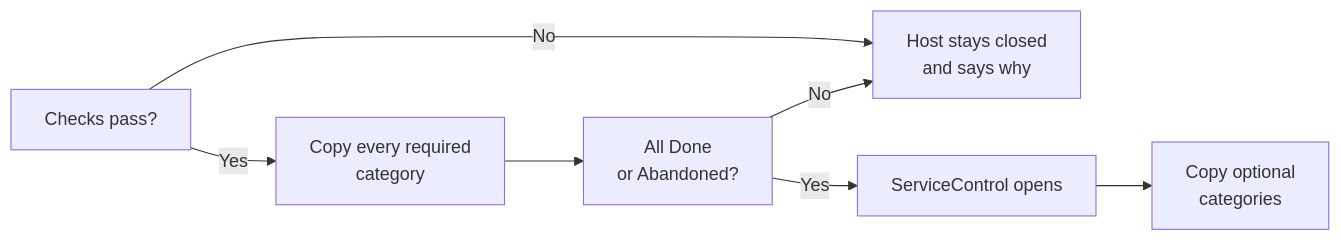
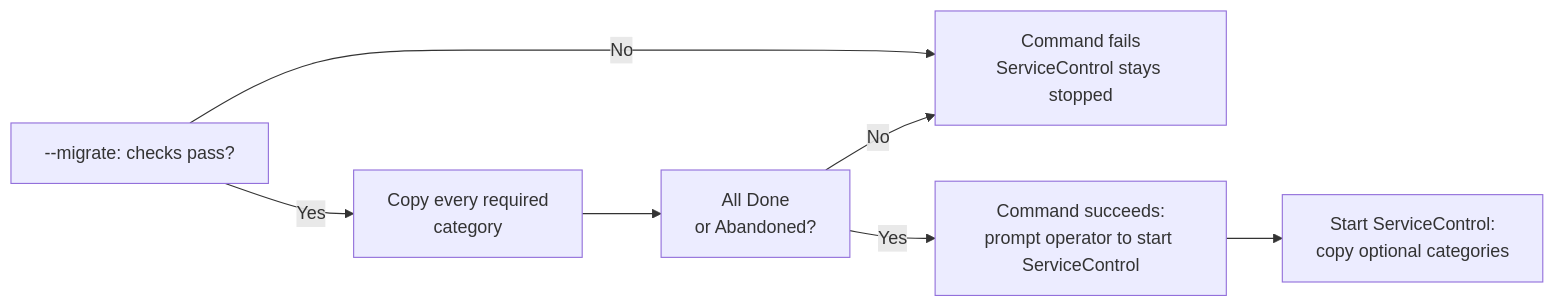
One commit to Particular/ServiceControl changed the fourth of 5 diagrams in docs/migration/ravendb-to-sql-migration-overview.md. Above: the diagram before and after it, drawn with Mermaid. The commit also changed other lines of this file and 35 other files, not shown here.

````diff
--- a/docs/migration/ravendb-to-sql-migration-overview.md
+++ b/docs/migration/ravendb-to-sql-migration-overview.md
@@ -269,9 +270,9 @@
 ```mermaid
 flowchart LR
-    A["Checks pass?"] -->|No| X["Host stays closed<br/>and says why"]
+    A["--migrate: checks pass?"] -->|No| X["Command fails<br/>ServiceControl stays stopped"]
     A -->|Yes| B["Copy every required<br/>category"]
     B --> C["All Done<br/>or Abandoned?"]
     C -->|No| X
-    C -->|Yes| D["ServiceControl opens"]
-    D --> E["Copy optional<br/>categories"]
+    C -->|Yes| D["Command succeeds:<br/>prompt operator to start ServiceControl"]
+    D --> E["Start ServiceControl:<br/>copy optional categories"]
 ```
````
